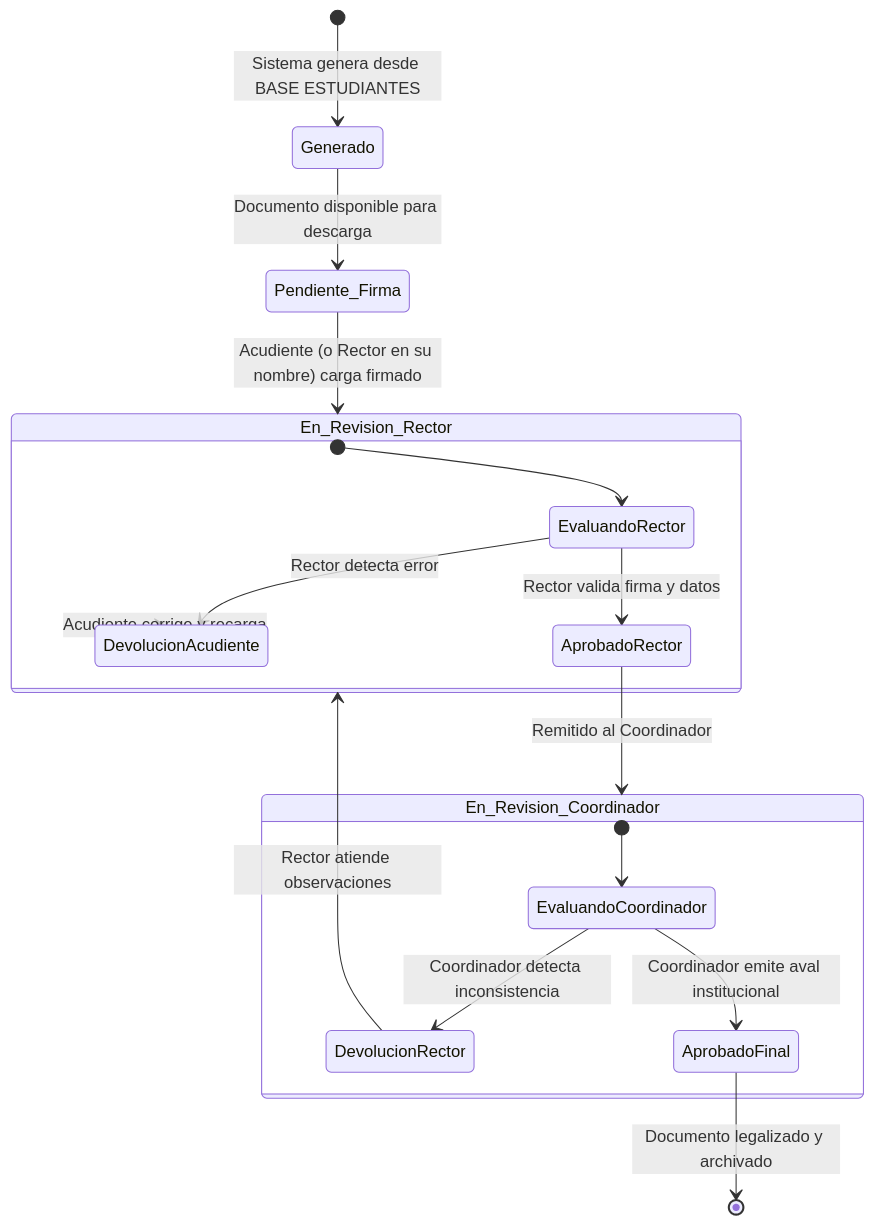
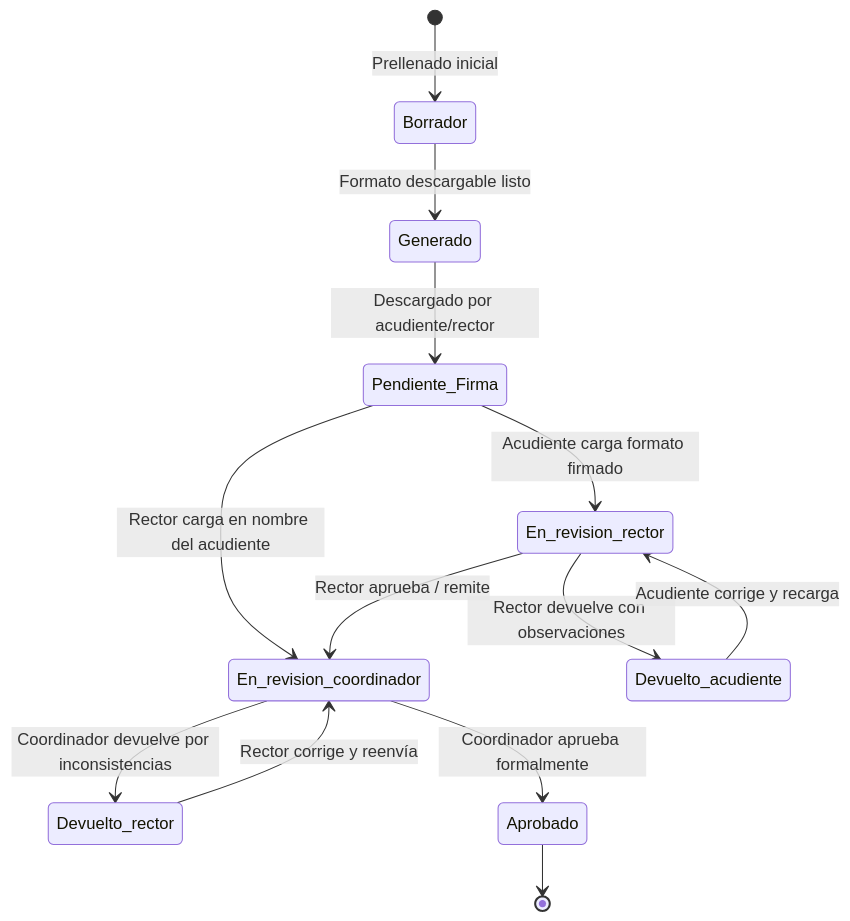
Before and after one commit to sedcaldas/computadoresparaeducar: the first of 2 diagrams in docs/FLUJO_ESTADOS.md, drawn with Mermaid. The commit also changed other lines of this file and 54 other files, not shown here.

Commit message:
feat: implementacion 100% estatica SPA para GitHub Pages con Google Drive API segun SKILLs.md

````diff
--- a/docs/FLUJO_ESTADOS.md
+++ b/docs/FLUJO_ESTADOS.md
@@ -9,24 +7,18 @@
 ```mermaid
 stateDiagram-v2
-    [*] --> Generado: Sistema genera desde BASE ESTUDIANTES
-    Generado --> Pendiente_Firma: Documento disponible para descarga
-    Pendiente_Firma --> En_Revision_Rector: Acudiente (o Rector en su nombre) carga firmado
+    [*] --> Borrador: Prellenado inicial
+    Borrador --> Generado: Formato descargable listo
+    Generado --> Pendiente_Firma: Descargado por acudiente/rector
+    Pendiente_Firma --> En_revision_rector: Acudiente carga formato firmado
+    Pendiente_Firma --> En_revision_coordinador: Rector carga en nombre del acudiente
     
-    state En_Revision_Rector {
-        [*] --> EvaluandoRector
-        EvaluandoRector --> DevolucionAcudiente: Rector detecta error
-        EvaluandoRector --> AprobadoRector: Rector valida firma y datos
-    }
-
-    DevolucionAcudiente --> En_Revision_Rector: Acudiente corrige y recarga
-    AprobadoRector --> En_Revision_Coordinador: Remitido al Coordinador
-
-    state En_Revision_Coordinador {
-        [*] --> EvaluandoCoordinador
-        EvaluandoCoordinador --> DevolucionRector: Coordinador detecta inconsistencia
-        EvaluandoCoordinador --> AprobadoFinal: Coordinador emite aval institucional
-    }
-
-    DevolucionRector --> En_Revision_Rector: Rector atiende observaciones
-    AprobadoFinal --> [*]: Documento legalizado y archivado
+    En_revision_rector --> Devuelto_acudiente: Rector devuelve con observaciones
+    Devuelto_acudiente --> En_revision_rector: Acudiente corrige y recarga
+    
+    En_revision_rector --> En_revision_coordinador: Rector aprueba / remite
+    En_revision_coordinador --> Devuelto_rector: Coordinador devuelve por inconsistencias
+    Devuelto_rector --> En_revision_coordinador: Rector corrige y reenvía
+    
+    En_revision_coordinador --> Aprobado: Coordinador aprueba formalmente
+    Aprobado --> [*]
 ```
````
